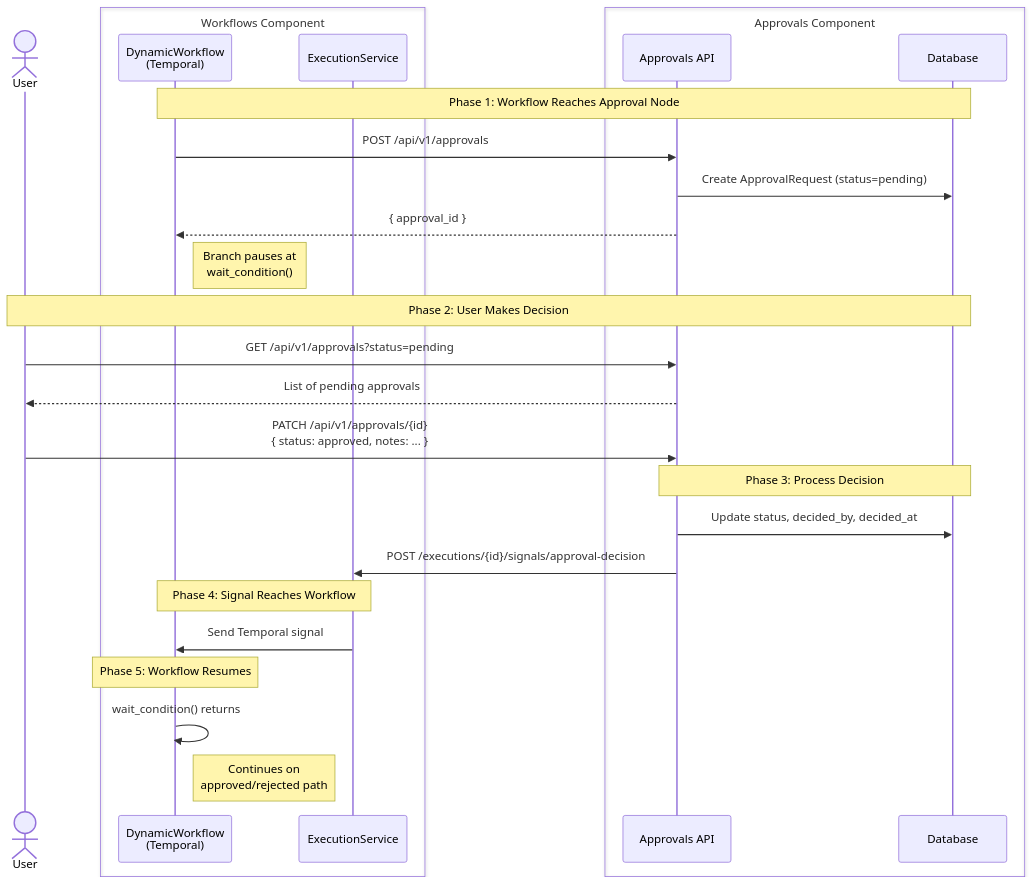
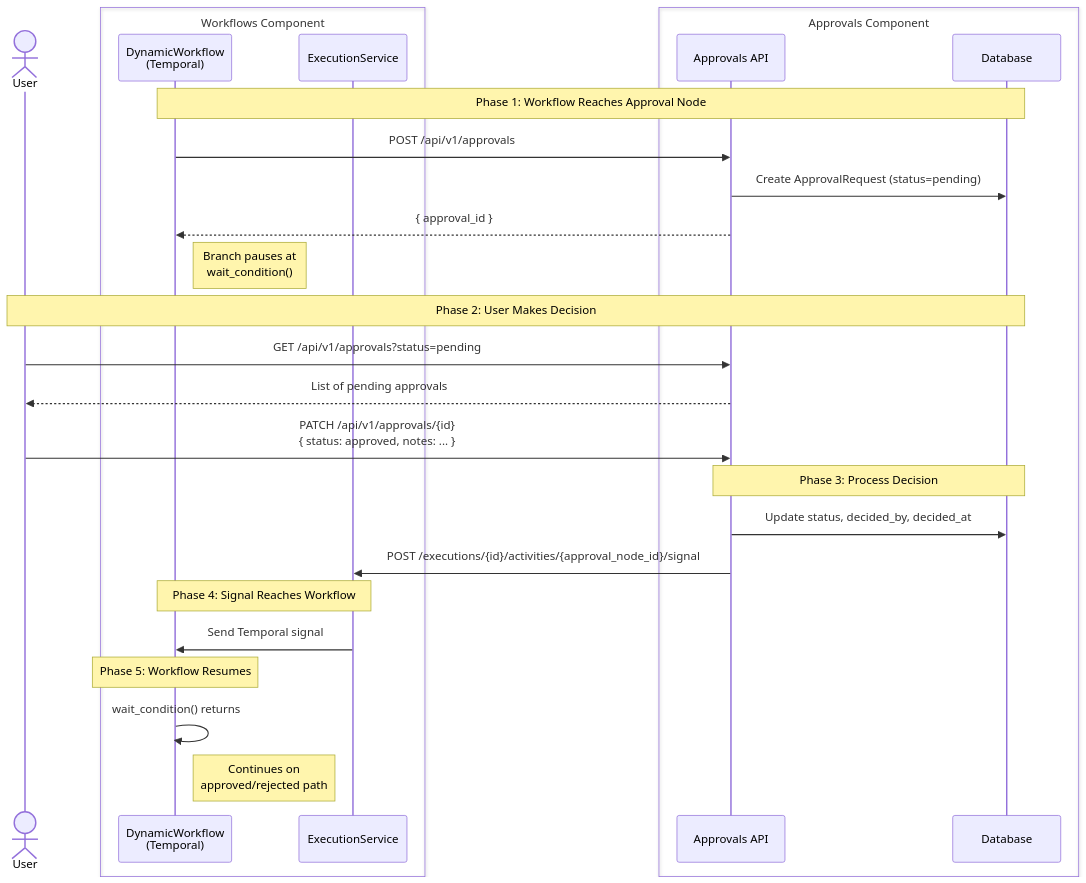
The first of 2 diagrams in specs/022-approval-node/research.md (alinabuzachis/syntara), drawn with Mermaid before and after one commit. The commit also changed other lines of this file and 10 other files, not shown here.

First line of the commit message:
feat: AAP-64406: [Backend] Approval Decision Signal (#347)

````diff
--- a/specs/022-approval-node/research.md
+++ b/specs/022-approval-node/research.md
@@ -99,34 +99,34 @@
 ```mermaid
 sequenceDiagram
     actor User
     box Workflows Component
         participant WF as DynamicWorkflow<br/>(Temporal)
         participant ES as ExecutionService
     end
     box Approvals Component
         participant AP as Approvals API
         participant DB as Database
     end
 
     Note over WF, DB: Phase 1: Workflow Reaches Approval Node
     WF->>AP: POST /api/v1/approvals
     AP->>DB: Create ApprovalRequest (status=pending)
     AP-->>WF: { approval_id }
     Note right of WF: Branch pauses at<br/>wait_condition()
 
     Note over User, DB: Phase 2: User Makes Decision
     User->>AP: GET /api/v1/approvals?status=pending
     AP-->>User: List of pending approvals
     User->>AP: PATCH /api/v1/approvals/{id}<br/>{ status: approved, notes: ... }
 
     Note over AP, DB: Phase 3: Process Decision
     AP->>DB: Update status, decided_by, decided_at
-    AP->>ES: POST /executions/{id}/signals/approval-decision
+    AP->>ES: POST /executions/{id}/activities/{approval_node_id}/signal
 
     Note over ES, WF: Phase 4: Signal Reaches Workflow
     ES->>WF: Send Temporal signal
 
     Note over WF: Phase 5: Workflow Resumes
     WF->>WF: wait_condition() returns
     Note right of WF: Continues on<br/>approved/rejected path
 ```
````
